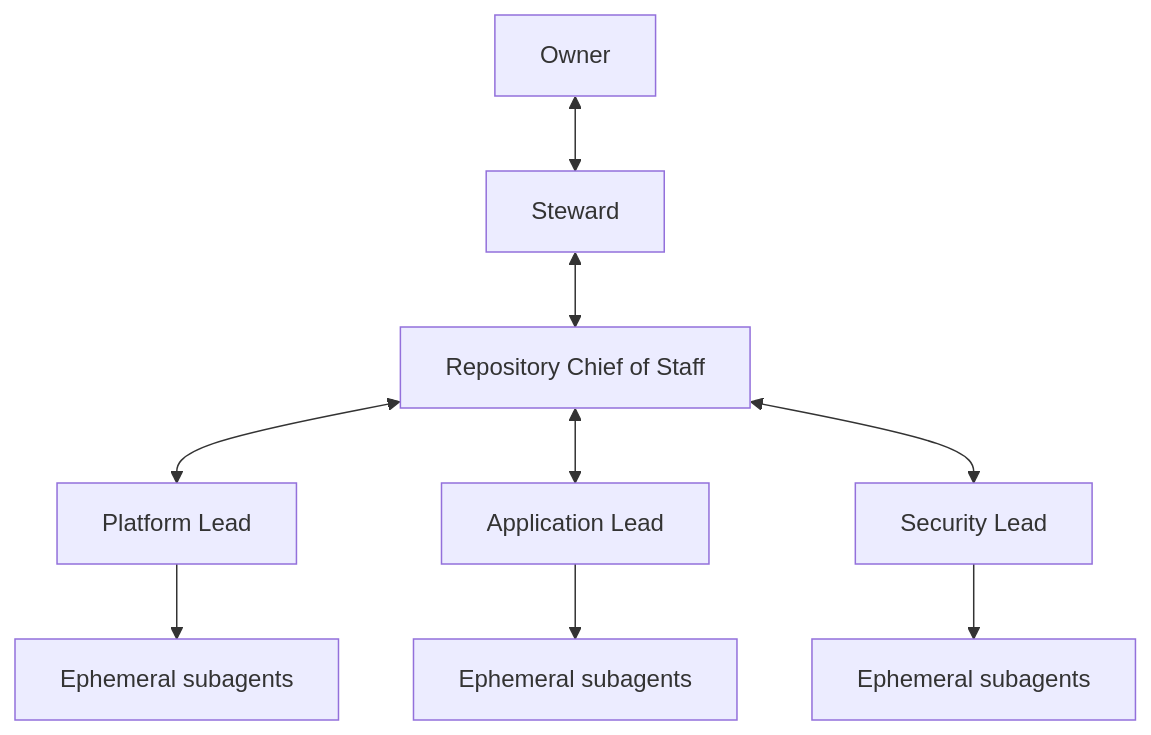
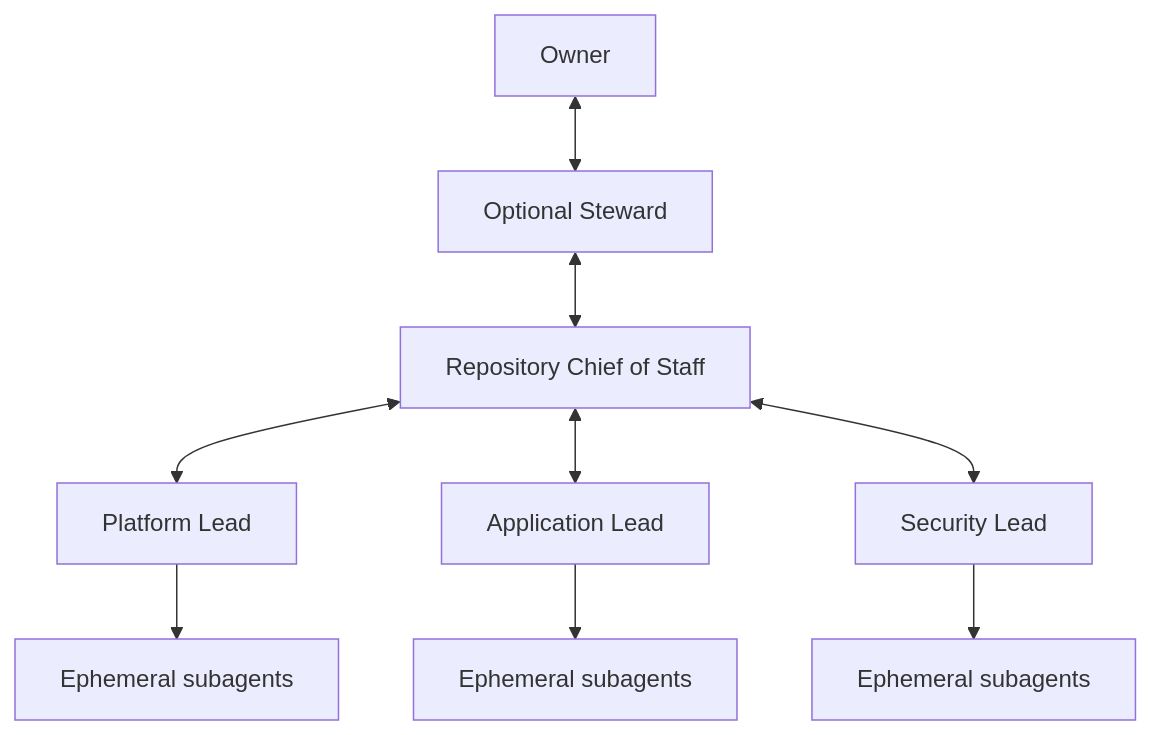
The diagram in README.md (yesvus/kovan), drawn with Mermaid before and after one commit. The commit also changed other lines of this file and 4 other files, not shown here.

````diff
--- a/README.md
+++ b/README.md
@@ -9,11 +9,11 @@
 ```mermaid
 flowchart TD
-    O[Owner] <--> S[Steward]
+    O[Owner] <--> S[Optional Steward]
     S <--> C[Repository Chief of Staff]
     C <--> L1[Platform Lead]
     C <--> L2[Application Lead]
     C <--> L3[Security Lead]
     L1 --> A1[Ephemeral subagents]
     L2 --> A2[Ephemeral subagents]
     L3 --> A3[Ephemeral subagents]
 ```
````
